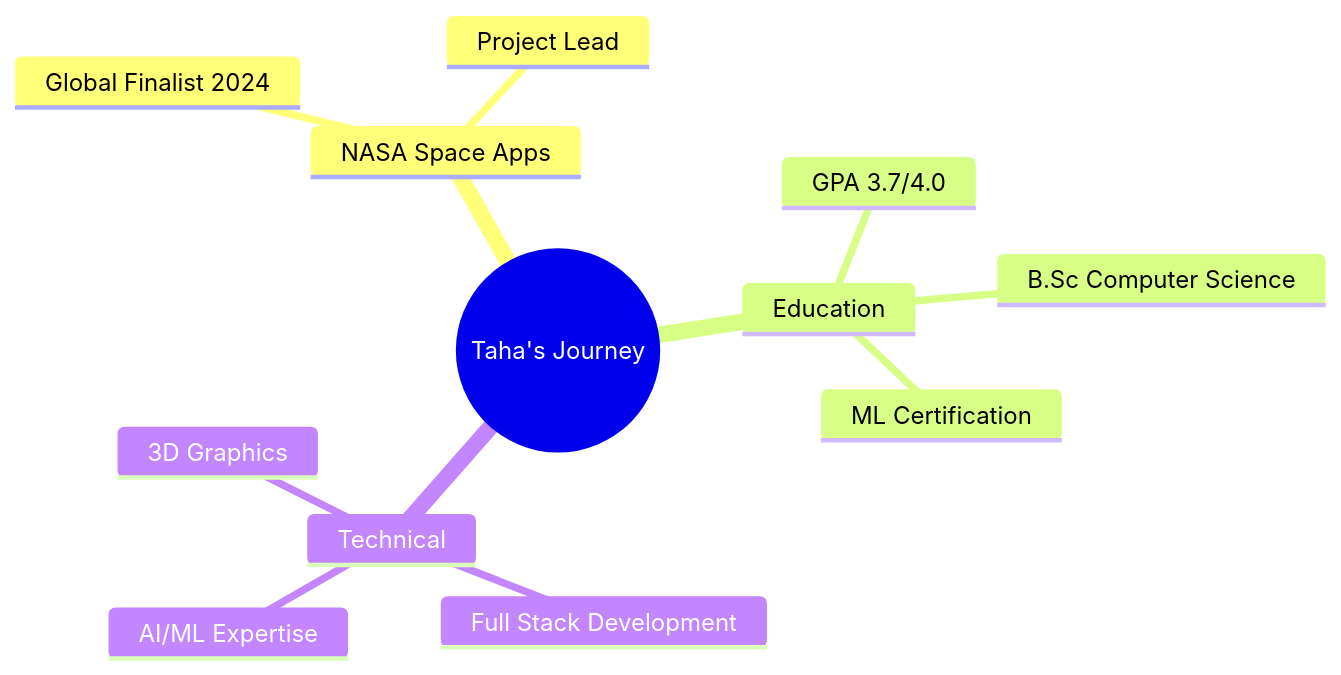
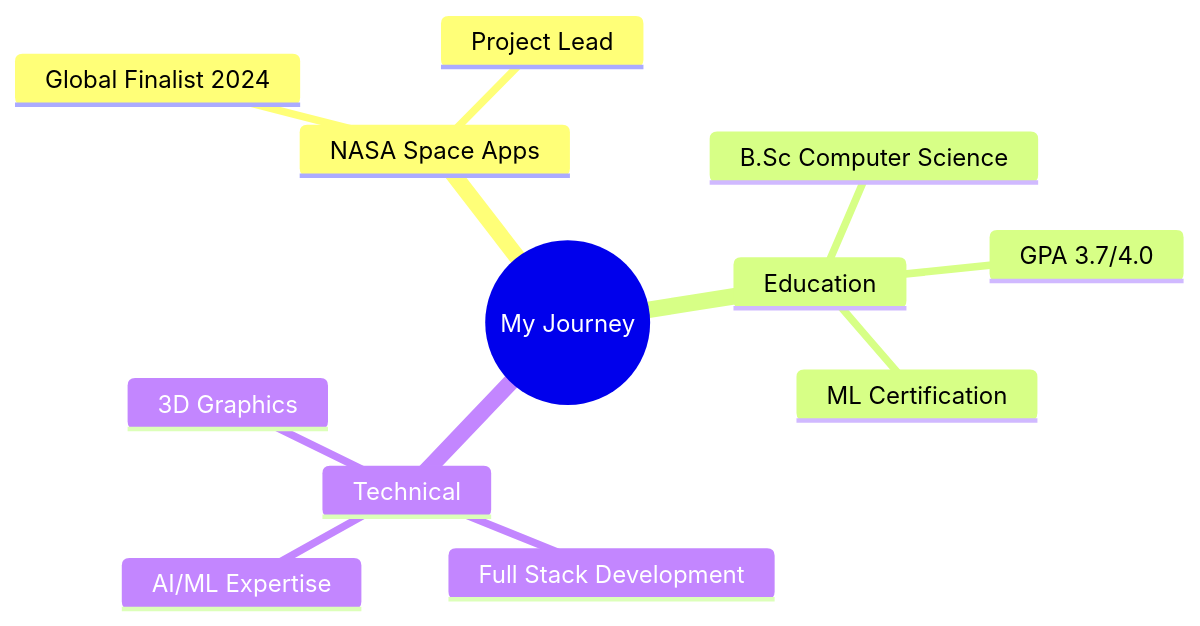
One commit to KhamessiTaha/KhamessiTaha changed the diagram in README.md. Above: the diagram before and after it, drawn with Mermaid.

````diff
--- a/README.md
+++ b/README.md
@@ -65,15 +65,15 @@
 ```mermaid
 mindmap
-  root((Taha's Journey))
+  root((My Journey))
     NASA Space Apps
       Global Finalist 2024
       Project Lead
     Education
       B.Sc Computer Science
       GPA 3.7/4.0
       ML Certification
     Technical
       Full Stack Development
       AI/ML Expertise
       3D Graphics
 ```
````
